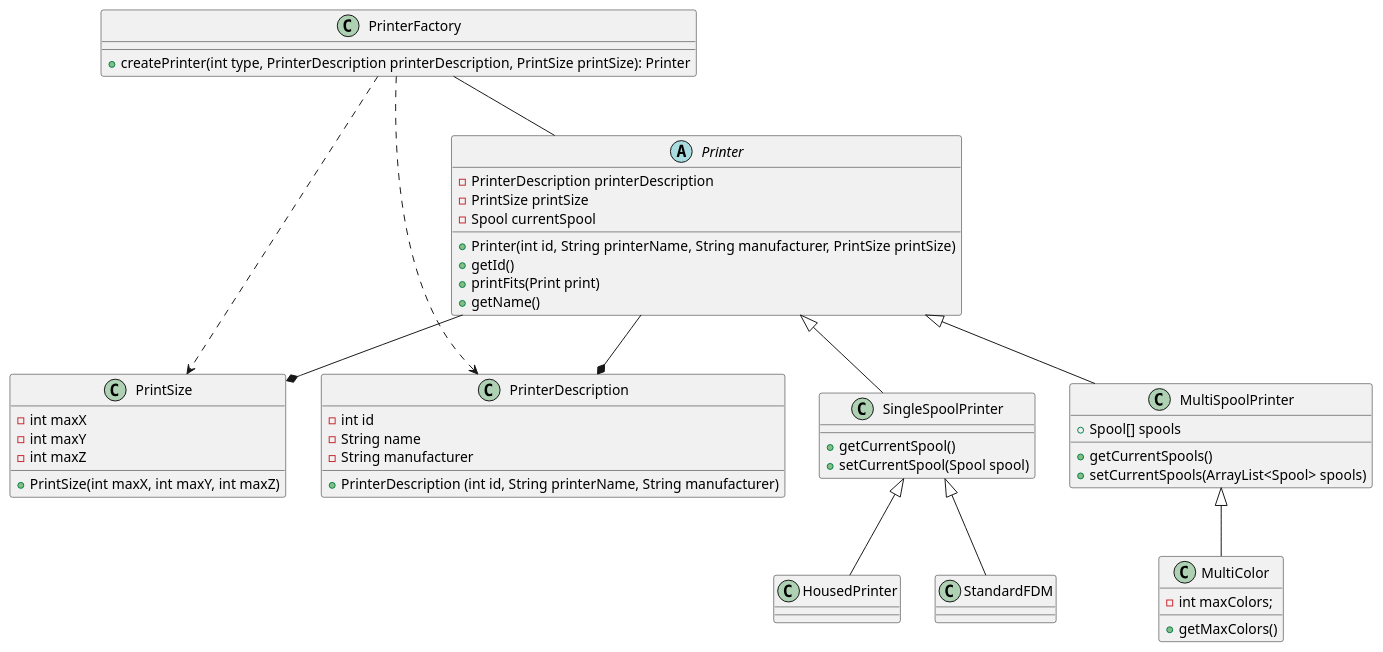
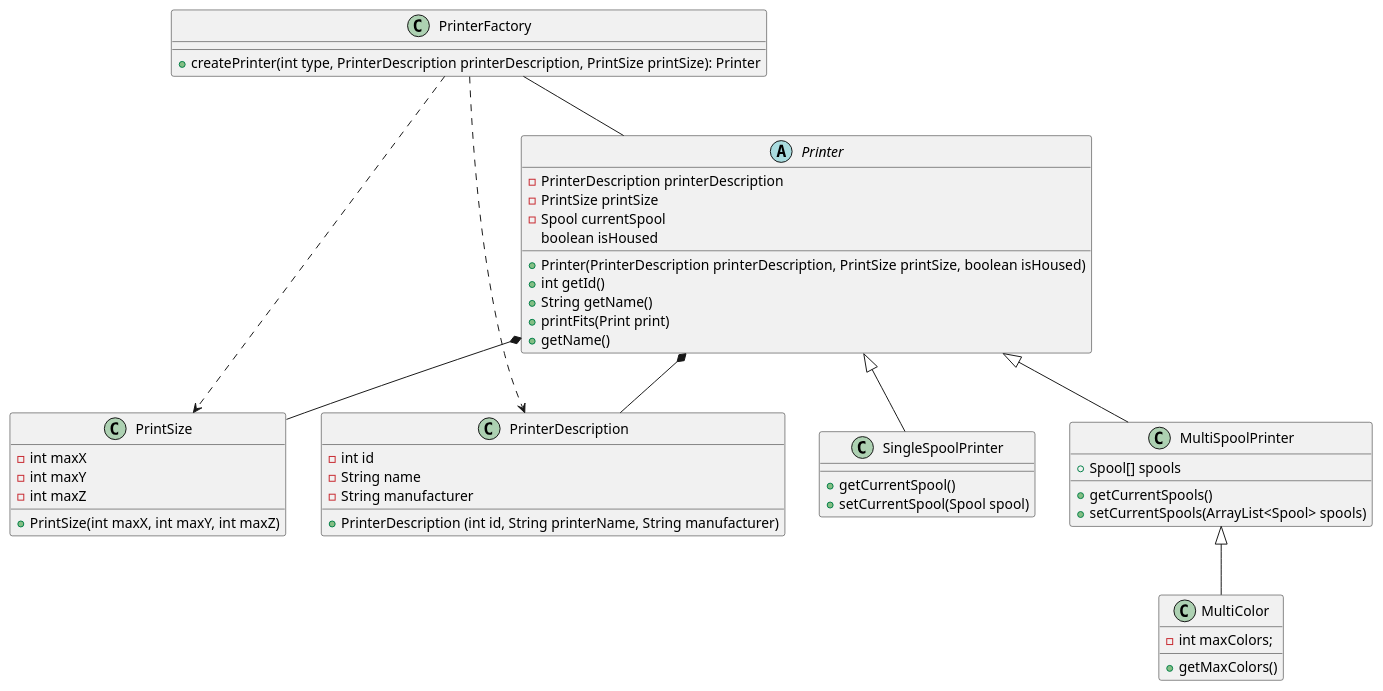
One commit to hann-xq/system-design changed the diagram in src/main/diagrams/PrinterFactory.puml. Above: the diagram before and after it, drawn with PlantUML. The commit also changed 36 other files, not shown here.

```diff
--- a/src/main/diagrams/PrinterFactory.puml
+++ b/src/main/diagrams/PrinterFactory.puml
@@ -1,62 +1,59 @@
 @startuml
 'https://plantuml.com/class-diagram
 
 PrinterFactory -- Printer
 PrinterFactory ..> PrintSize
 PrinterFactory ..> PrinterDescription
 
 class PrinterFactory {
   + createPrinter(int type, PrinterDescription printerDescription, PrintSize printSize): Printer
 }
 
-Printer --* PrintSize
-Printer --* PrinterDescription
+Printer *-- PrintSize
+Printer *-- PrinterDescription
 
 abstract class Printer {
     - PrinterDescription printerDescription
     - PrintSize printSize
     - Spool currentSpool
+    boolean isHoused
 
-    +Printer(int id, String printerName, String manufacturer, PrintSize printSize)
-    +getId()
-    +printFits(Print print)
-    +getName()
+    + Printer(PrinterDescription printerDescription, PrintSize printSize, boolean isHoused)
+    + int getId()
+    + String getName()
+    + printFits(Print print)
+    + getName()
 }
 
 class PrintSize {
     - int maxX
     - int maxY
     - int maxZ
     + PrintSize(int maxX, int maxY, int maxZ)
 }
 
 class PrinterDescription {
     - int id
     - String name
     - String manufacturer
     + PrinterDescription (int id, String printerName, String manufacturer)
 }
 
 class SingleSpoolPrinter extends Printer {
     +getCurrentSpool()
     +setCurrentSpool(Spool spool)
 }
 
 class MultiSpoolPrinter extends Printer {
     +Spool[] spools
     +getCurrentSpools()
     +setCurrentSpools(ArrayList<Spool> spools)
 }
 
-class StandardFDM extends SingleSpoolPrinter {
-}
-
 class MultiColor extends MultiSpoolPrinter {
     -int maxColors;
     +getMaxColors()
 }
 
-class HousedPrinter extends SingleSpoolPrinter {
-}
 
 @enduml
```
